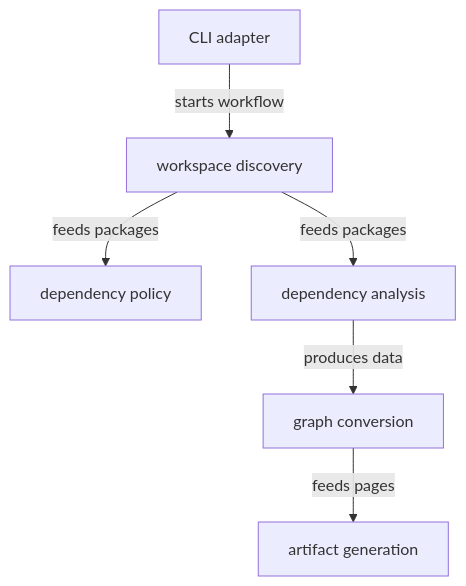
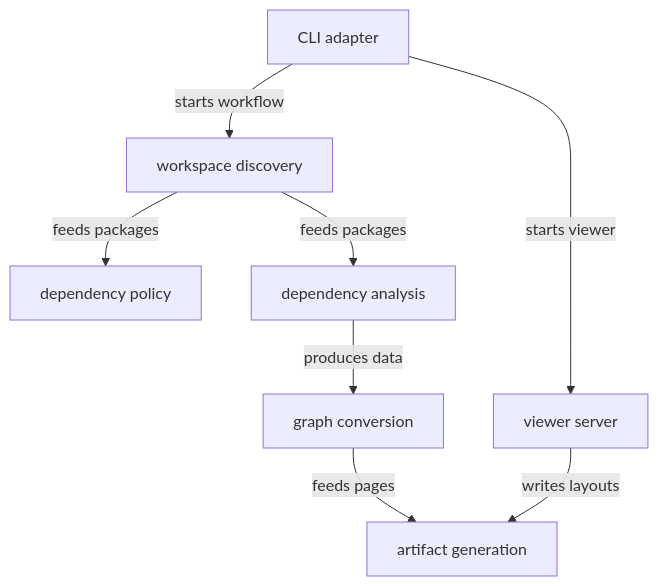
Before and after one commit to Dangerdan9631/Agent: the diagram in spec-n-roll/src/spec-n-roll-arch/src/README.md, drawn with Mermaid. The commit also changed other lines of this file and 25 other files, not shown here.

First line of the commit message:
feat(architecture): enhance architecture validation and diagram generation

````diff
--- a/spec-n-roll/src/spec-n-roll-arch/src/README.md
+++ b/spec-n-roll/src/spec-n-roll-arch/src/README.md
@@ -7,15 +7,18 @@
 ```mermaid
 flowchart TD
     Cli["CLI adapter"]
     Discovery["workspace discovery"]
     Policy["dependency policy"]
     Cruise["dependency analysis"]
     Conversion["graph conversion"]
     Artifacts["artifact generation"]
+    Viewer["viewer server"]
 
     Cli -->|"starts workflow"| Discovery
+    Cli -->|"starts viewer"| Viewer
     Discovery -->|"feeds packages"| Policy
     Discovery -->|"feeds packages"| Cruise
     Cruise -->|"produces data"| Conversion
     Conversion -->|"feeds pages"| Artifacts
+    Viewer -->|"writes layouts"| Artifacts
 ```
````
